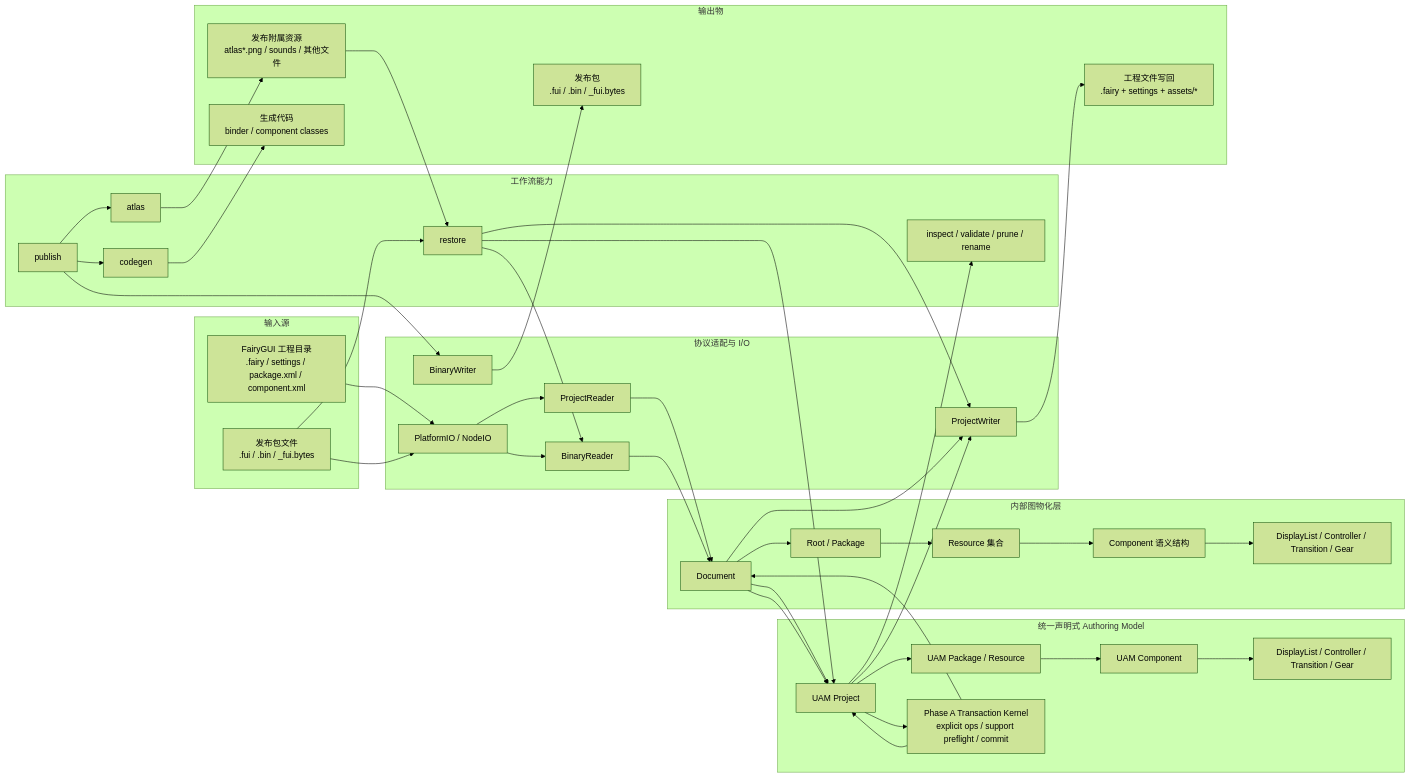
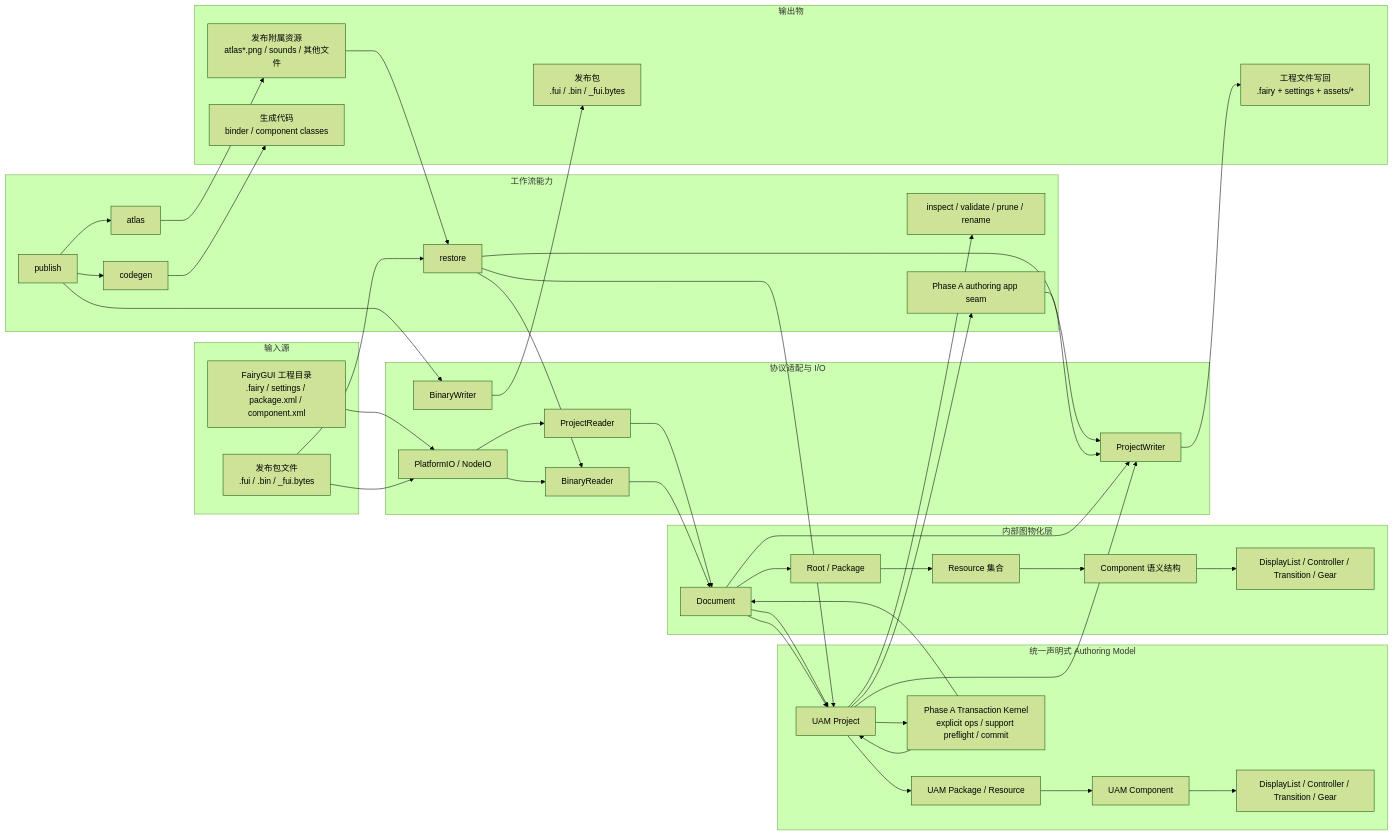
One commit to OpenFairyGUI/OpenFairyGUI changed the first of 2 diagrams in docs/architecture-overview.md. Above: the diagram before and after it, drawn with Mermaid (forest theme). The commit also changed other lines of this file and 8 other files, not shown here.

Commit message:
feat: 添加 Phase A UAM authoring seam 支持，提供应用事务处理功能

````diff
--- a/docs/architecture-overview.md
+++ b/docs/architecture-overview.md
@@ -9,70 +9,73 @@
 ```mermaid
 flowchart LR
     subgraph IN["输入源"]
         PROJ["FairyGUI 工程目录<br/>.fairy / settings / package.xml / component.xml"]
         PACK["发布包文件<br/>.fui / .bin / _fui.bytes"]
     end
 
     subgraph IO["协议适配与 I/O"]
         FS["PlatformIO / NodeIO"]
         PR["ProjectReader"]
         BR["BinaryReader"]
         PW["ProjectWriter"]
         BW["BinaryWriter"]
     end
 
     subgraph UAM["统一声明式 Authoring Model"]
         UPROJECT["UAM Project"]
         UPKG["UAM Package / Resource"]
         UCOMP["UAM Component"]
         UBEHAVIOR["DisplayList / Controller / Transition / Gear"]
         UTX["Phase A Transaction Kernel<br/>explicit ops / support preflight / commit"]
     end
 
     subgraph GRAPH["内部图物化层"]
         DOC["Document"]
         ROOT["Root / Package"]
         RES["Resource 集合"]
         COMP["Component 语义结构"]
         UI["DisplayList / Controller / Transition / Gear"]
     end
 
     subgraph WF["工作流能力"]
         OPS["inspect / validate / prune / rename"]
+        APP["Phase A authoring app seam"]
         PUB["publish"]
         RST["restore"]
         ATLAS["atlas"]
         CG["codegen"]
     end
 
     subgraph OUT["输出物"]
         PROJOUT["工程文件写回<br/>.fairy + settings + assets/*"]
         BIN["发布包<br/>.fui / .bin / _fui.bytes"]
         ART["发布附属资源<br/>atlas*.png / sounds / 其他文件"]
         CODEOUT["生成代码<br/>binder / component classes"]
     end
 
     PROJ --> FS --> PR --> DOC --> UPROJECT
     PACK --> FS --> BR --> DOC --> UPROJECT
     PACK --> RST
     ART --> RST
     RST --> UPROJECT
 
     UPROJECT --> UPKG --> UCOMP --> UBEHAVIOR
     UPROJECT --> UTX --> DOC
     UTX --> UPROJECT
     DOC --> ROOT --> RES --> COMP --> UI
     UPROJECT --> OPS
+    UPROJECT --> APP
     PUB --> ATLAS
     PUB --> BW
     PUB --> CG
     RST --> BR
     RST --> PW
 
     UPROJECT --> PW
+    APP --> PW
     DOC --> PW
     PW --> PROJOUT
     BW --> BIN
     ATLAS --> ART
     CG --> CODEOUT
 ```
````
